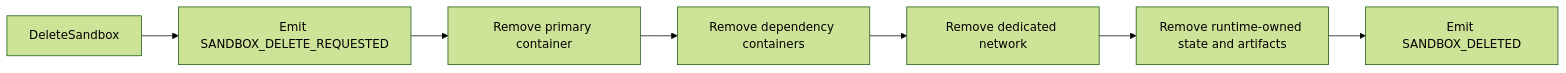
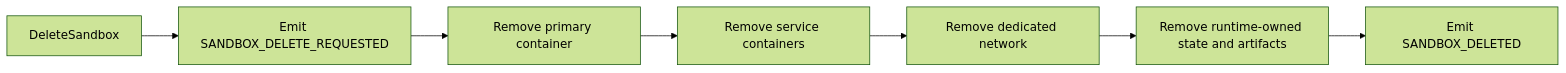
The fifth of 5 diagrams in docs/sandbox_container_lifecycle.md (1996fanrui/agents-sandbox), drawn with Mermaid (forest theme) before and after one commit. The commit also changed other lines of this file and 8 other files, not shown here.

````diff
--- a/docs/sandbox_container_lifecycle.md
+++ b/docs/sandbox_container_lifecycle.md
@@ -137,9 +138,9 @@
 ```mermaid
 flowchart LR
     A[DeleteSandbox] --> B[Emit SANDBOX_DELETE_REQUESTED]
     B --> C[Remove primary container]
-    C --> D[Remove dependency containers]
+    C --> D[Remove service containers]
     D --> E[Remove dedicated network]
     E --> F[Remove runtime-owned state and artifacts]
     F --> G[Emit SANDBOX_DELETED]
 ```
````
